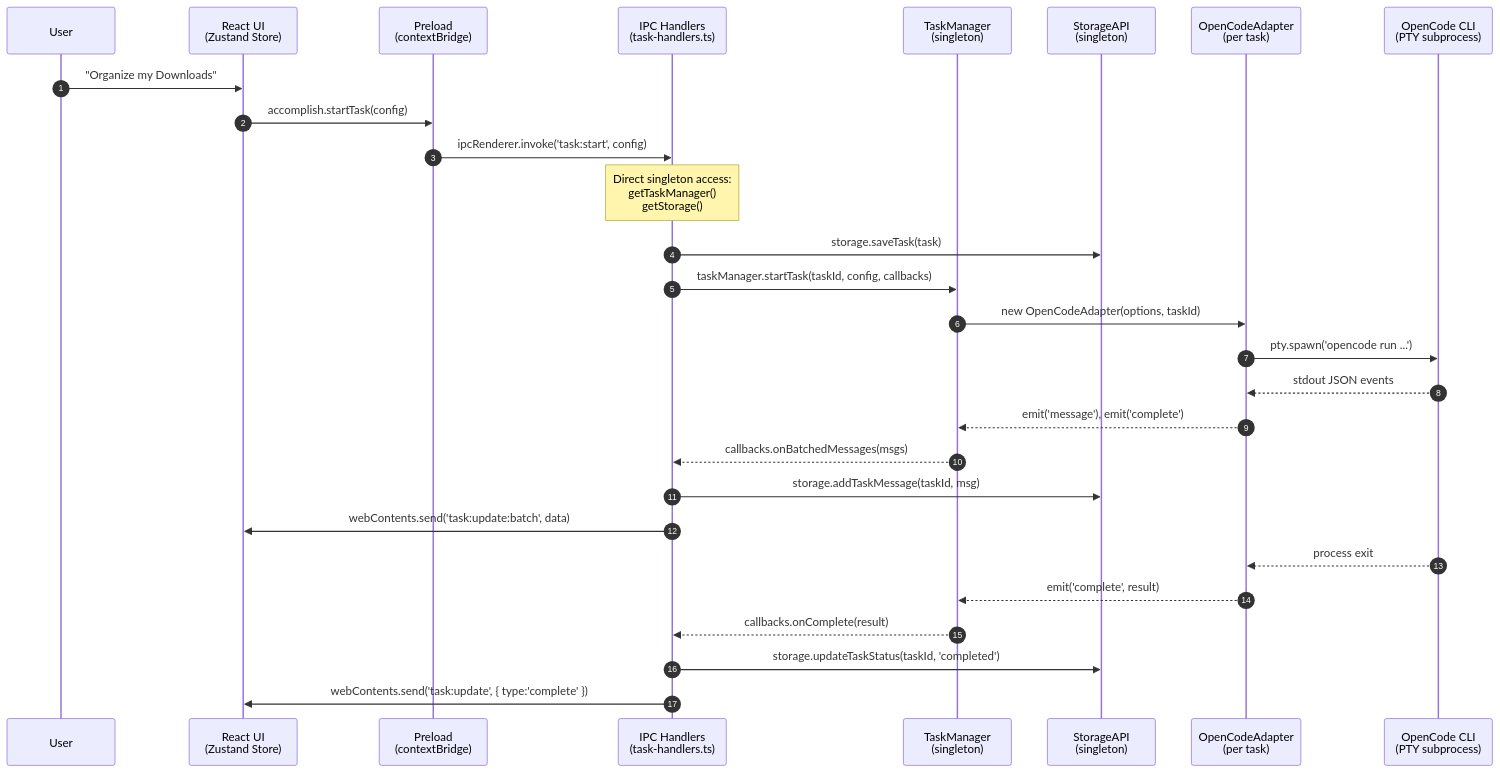
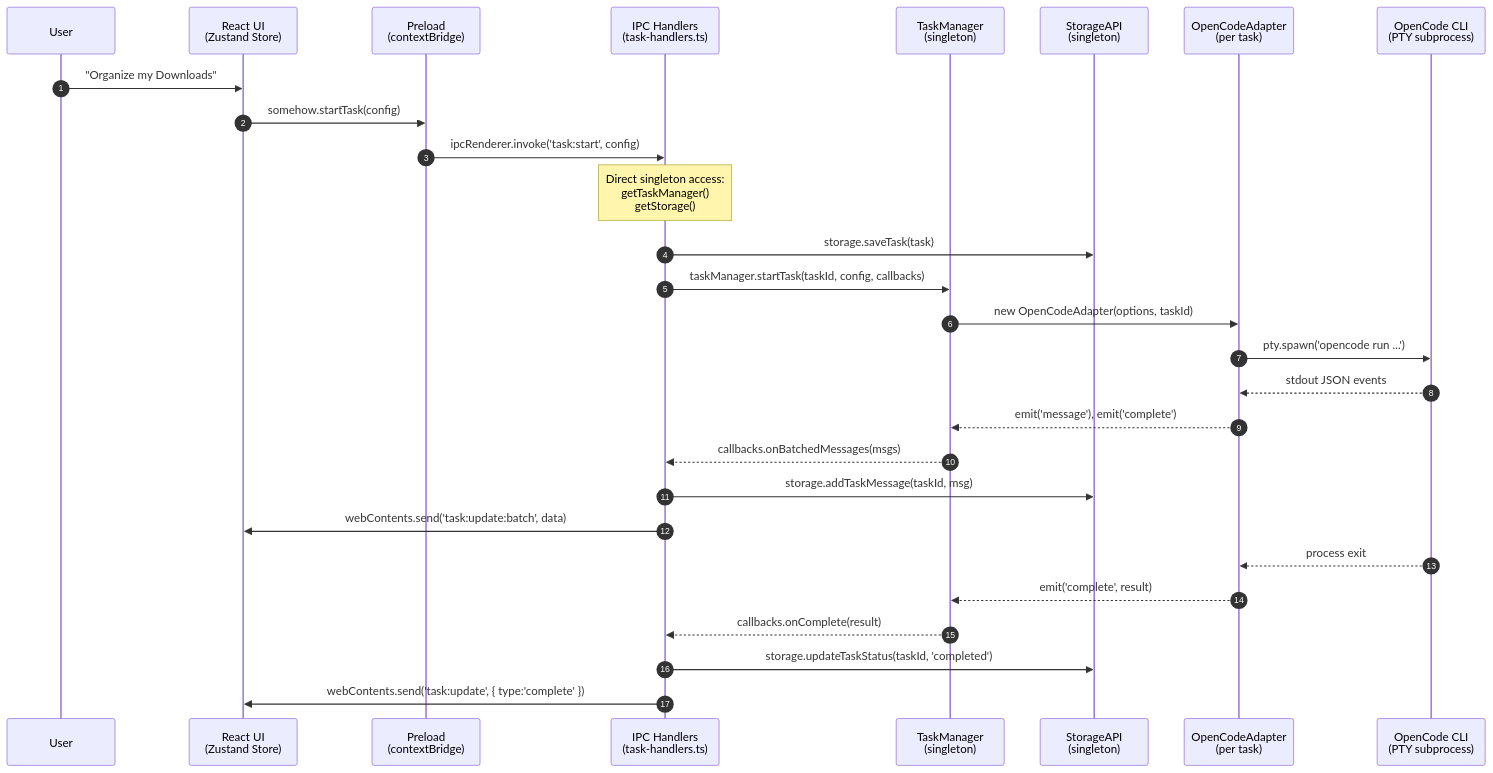
The first of 9 diagrams in docs/daemon-architecture.md (its-harshit/openplish), drawn with Mermaid before and after one commit. The commit also changed other lines of this file and 148 other files, not shown here.

````diff
--- a/docs/daemon-architecture.md
+++ b/docs/daemon-architecture.md
@@ -13,35 +13,35 @@
 ```mermaid
 sequenceDiagram
     autonumber
     participant User
     participant React as React UI<br/>(Zustand Store)
     participant Preload as Preload<br/>(contextBridge)
     participant IPC as IPC Handlers<br/>(task-handlers.ts)
     participant TM as TaskManager<br/>(singleton)
     participant Storage as StorageAPI<br/>(singleton)
     participant OCA as OpenCodeAdapter<br/>(per task)
     participant PTY as OpenCode CLI<br/>(PTY subprocess)
 
     User->>React: "Organize my Downloads"
-    React->>Preload: accomplish.startTask(config)
+    React->>Preload: somehow.startTask(config)
     Preload->>IPC: ipcRenderer.invoke('task:start', config)
 
     Note over IPC: Direct singleton access:<br/>getTaskManager()<br/>getStorage()
 
     IPC->>Storage: storage.saveTask(task)
     IPC->>TM: taskManager.startTask(taskId, config, callbacks)
     TM->>OCA: new OpenCodeAdapter(options, taskId)
     OCA->>PTY: pty.spawn('opencode run ...')
 
     PTY-->>OCA: stdout JSON events
     OCA-->>TM: emit('message'), emit('complete')
     TM-->>IPC: callbacks.onBatchedMessages(msgs)
     IPC->>Storage: storage.addTaskMessage(taskId, msg)
     IPC->>React: webContents.send('task:update:batch', data)
 
     PTY-->>OCA: process exit
     OCA-->>TM: emit('complete', result)
     TM-->>IPC: callbacks.onComplete(result)
     IPC->>Storage: storage.updateTaskStatus(taskId, 'completed')
     IPC->>React: webContents.send('task:update', { type:'complete' })
 ```
````
